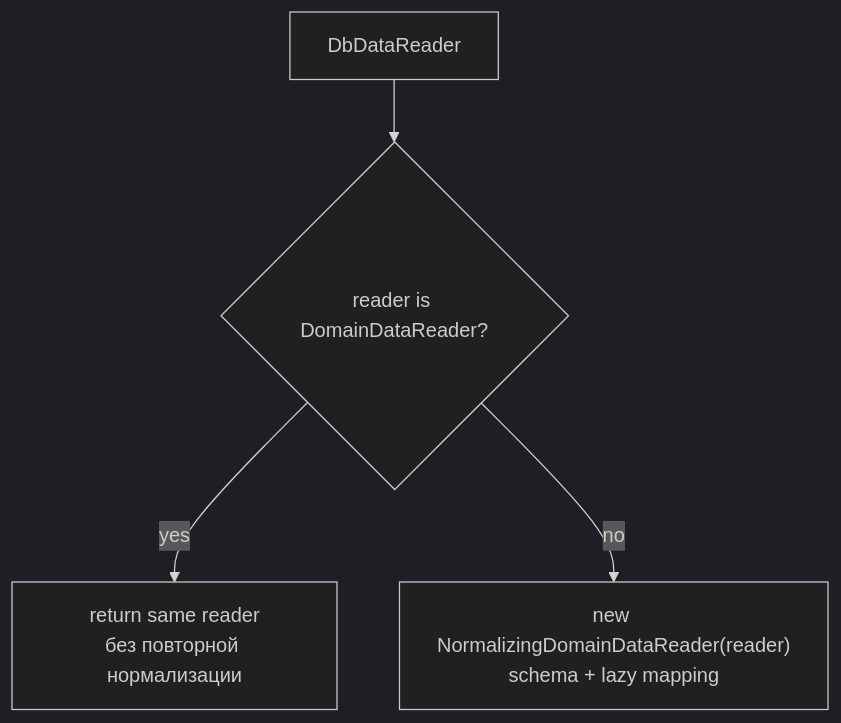
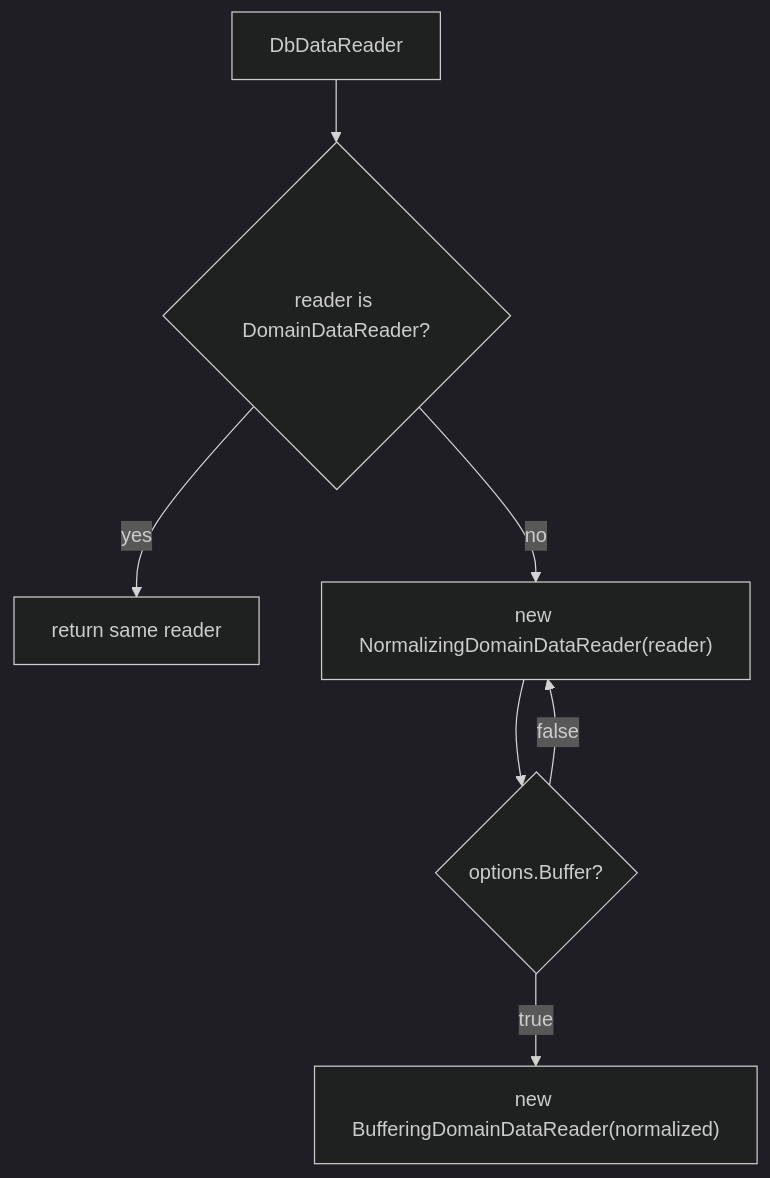
The second of 3 diagrams in docs/reader-pipeline.md (MikeKondr99/Loader), drawn with Mermaid (dark theme) before and after one commit. The commit also changed other lines of this file and 8 other files, not shown here.

````diff
--- a/docs/reader-pipeline.md
+++ b/docs/reader-pipeline.md
@@ -35,11 +22,16 @@
 ```mermaid
 flowchart TD
     input["DbDataReader"]
     is_domain{"reader is DomainDataReader?"}
-    same["return same reader<br/>без повторной нормализации"]
-    normalize["new NormalizingDomainDataReader(reader)<br/>schema + lazy mapping"]
+    same["return same reader"]
+    normalize["new NormalizingDomainDataReader(reader)"]
+    buffer{"options.Buffer?"}
+    buffered["new BufferingDomainDataReader(normalized)"]
 
     input --> is_domain
     is_domain -->|yes| same
     is_domain -->|no| normalize
+    normalize --> buffer
+    buffer -->|true| buffered
+    buffer -->|false| normalize
 ```
````
